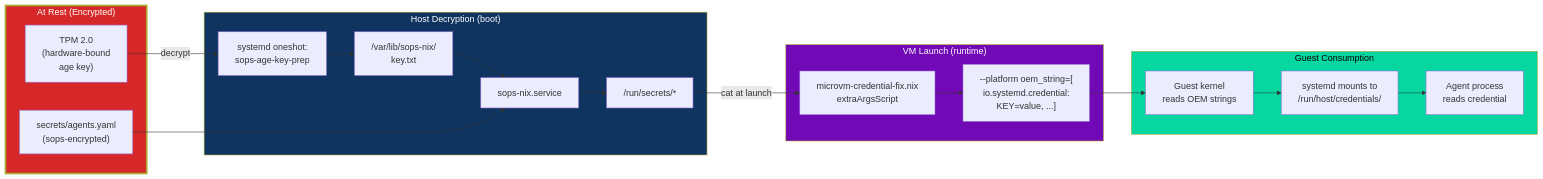
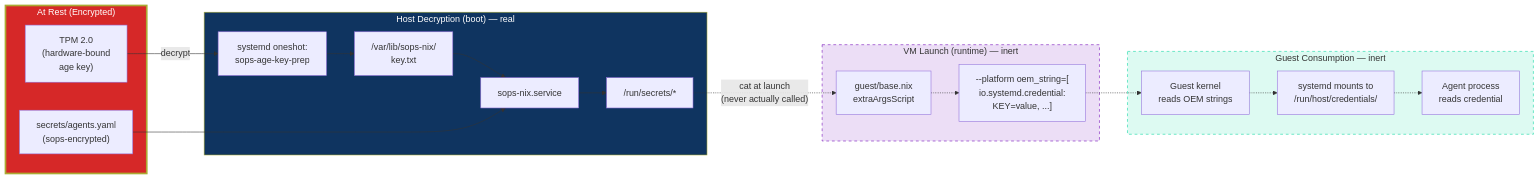
The sixth of 6 diagrams in README.md (tenarches/nix-permafrost), drawn with Mermaid before and after one commit. The commit also changed other lines of this file, not shown here.

First line of the commit message:
docs: rewrite README for the single permafrost guest

````diff
--- a/README.md
+++ b/README.md
@@ -297,41 +320,41 @@
 ```mermaid
 graph LR
     subgraph ENCRYPTED["At Rest (Encrypted)"]
         YAML["secrets/agents.yaml<br/>(sops-encrypted)"]
         TPM["TPM 2.0<br/>(hardware-bound<br/>age key)"]
     end
 
-    subgraph HOST_DECRYPT["Host Decryption (boot)"]
+    subgraph HOST_DECRYPT["Host Decryption (boot) — real"]
         PREP["systemd oneshot:<br/>sops-age-key-prep"]
         AGE_KEY["/var/lib/sops-nix/<br/>key.txt"]
         SOPS_SVC["sops-nix.service"]
         RUN_SEC["/run/secrets/*"]
     end
 
-    subgraph LAUNCH["VM Launch (runtime)"]
-        CRED_FIX["microvm-credential-fix.nix<br/>extraArgsScript"]
+    subgraph LAUNCH["VM Launch (runtime) — inert"]
+        CRED_FIX["guest/base.nix<br/>extraArgsScript"]
         OEM["--platform oem_string=[<br/>io.systemd.credential:<br/>KEY=value, ...]"]
     end
 
-    subgraph GUEST_CONSUME["Guest Consumption"]
+    subgraph GUEST_CONSUME["Guest Consumption — inert"]
         KERN["Guest kernel<br/>reads OEM strings"]
         SYSTEMD["systemd mounts to<br/>/run/host/credentials/"]
         AGENT["Agent process<br/>reads credential"]
     end
 
     TPM -->|"decrypt"| PREP
     PREP --> AGE_KEY
     AGE_KEY --> SOPS_SVC
     YAML --> SOPS_SVC
     SOPS_SVC --> RUN_SEC
-    RUN_SEC -->|"cat at launch"| CRED_FIX
-    CRED_FIX --> OEM
-    OEM --> KERN
-    KERN --> SYSTEMD
-    SYSTEMD --> AGENT
+    RUN_SEC -.->|"cat at launch<br/>(never actually called)"| CRED_FIX
+    CRED_FIX -.-> OEM
+    OEM -.-> KERN
+    KERN -.-> SYSTEMD
+    SYSTEMD -.-> AGENT
 
     style ENCRYPTED fill:#d62828,color:#fff,stroke-width:3px
     style HOST_DECRYPT fill:#0f3460,color:#fff
-    style LAUNCH fill:#7209b7,color:#fff
-    style GUEST_CONSUME fill:#06d6a0,color:#000
+    style LAUNCH fill:#7209b722,stroke:#7209b7,stroke-dasharray:5 5
+    style GUEST_CONSUME fill:#06d6a022,stroke:#06d6a0,stroke-dasharray:5 5
 ```
````
